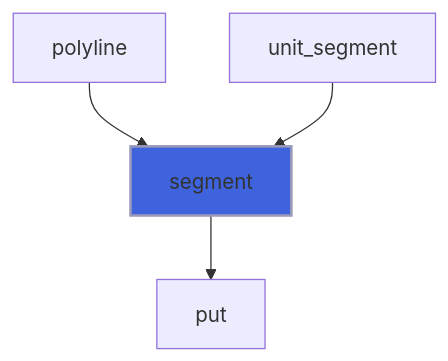
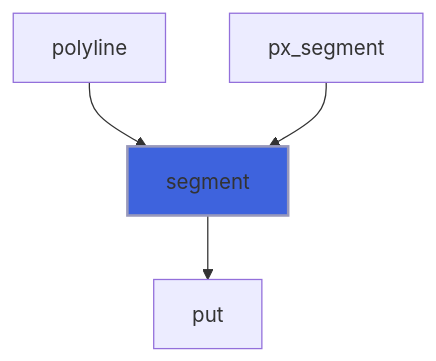
Before and after one commit to szaghi/foresight: diagram 21 of 30 in docs/api/src/lib/foresight_backend_dumb.md, drawn with Mermaid. The commit also changed other lines of this file and 97 other files, not shown here.

````diff
--- a/docs/api/src/lib/foresight_backend_dumb.md
+++ b/docs/api/src/lib/foresight_backend_dumb.md
@@ -615,7 +707,7 @@
 ```mermaid
 flowchart TD
   polyline["polyline"] --> segment["segment"]
-  unit_segment["unit_segment"] --> segment["segment"]
+  px_segment["px_segment"] --> segment["segment"]
   segment["segment"] --> put["put"]
   style segment fill:#3e63dd,stroke:#99b,stroke-width:2px
 ```
````
